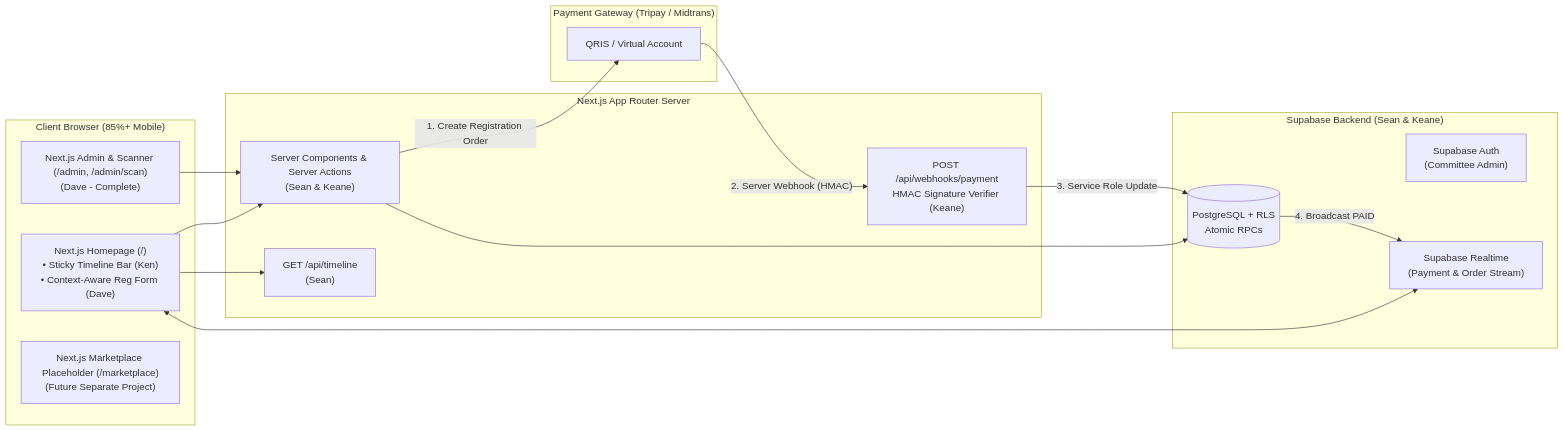
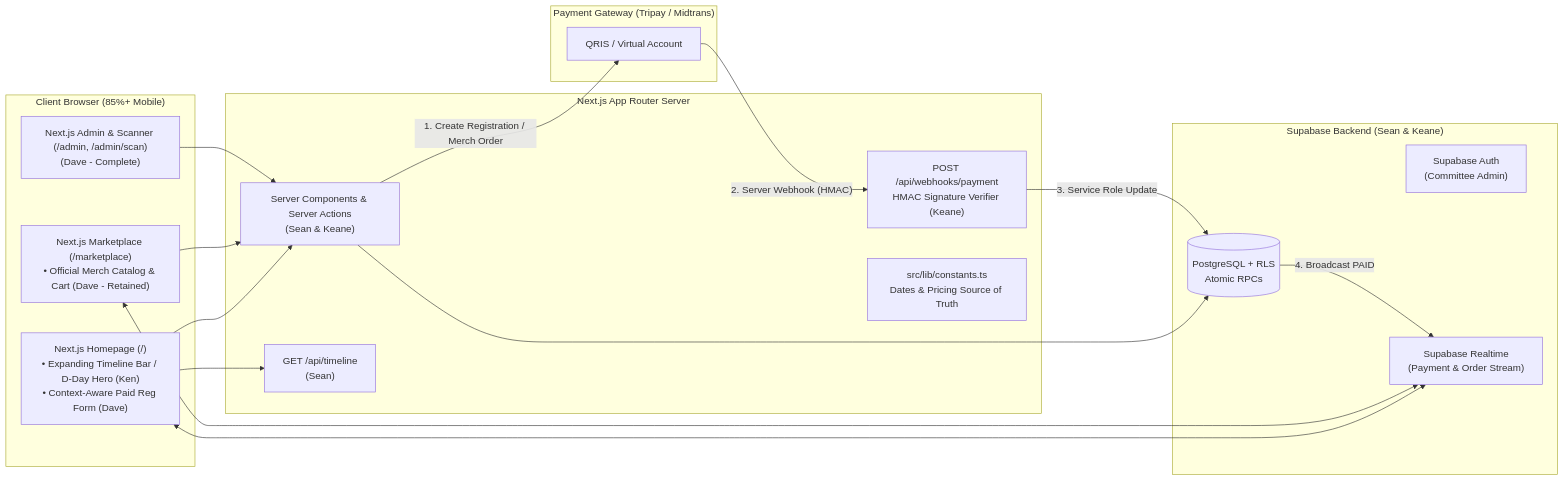
One commit to Gee123a/ycr-website changed the first of 2 diagrams in docs/ARCHITECTURE.md. Above: the diagram before and after it, drawn with Mermaid. The commit also changed other lines of this file and 10 other files, not shown here.

First line of the commit message:
docs: finalize architecture and team plans with coordinator directives

````diff
--- a/docs/ARCHITECTURE.md
+++ b/docs/ARCHITECTURE.md
@@ -9,34 +9,37 @@
 ```mermaid
 flowchart LR
     subgraph Client["Client Browser (85%+ Mobile)"]
-        FE_Public["Next.js Homepage (/)\n• Sticky Timeline Bar (Ken)\n• Context-Aware Reg Form (Dave)"]
+        FE_Public["Next.js Homepage (/)\n• Expanding Timeline Bar / D-Day Hero (Ken)\n• Context-Aware Paid Reg Form (Dave)"]
+        FE_Market["Next.js Marketplace (/marketplace)\n• Official Merch Catalog & Cart (Dave - Retained)"]
         FE_Admin["Next.js Admin & Scanner (/admin, /admin/scan)\n(Dave - Complete)"]
-        FE_Market["Next.js Marketplace Placeholder (/marketplace)\n(Future Separate Project)"]
     end
 
     subgraph NextServer["Next.js App Router Server"]
         RSC["Server Components & Server Actions\n(Sean & Keane)"]
         TimelineAPI["GET /api/timeline\n(Sean)"]
         Webhook["POST /api/webhooks/payment\nHMAC Signature Verifier (Keane)"]
+        Constants["src/lib/constants.ts\nDates & Pricing Source of Truth"]
     end
 
     subgraph Supabase["Supabase Backend (Sean & Keane)"]
         DB[("PostgreSQL + RLS\nAtomic RPCs")]
         Auth["Supabase Auth\n(Committee Admin)"]
         RT["Supabase Realtime\n(Payment & Order Stream)"]
     end
 
     subgraph PG["Payment Gateway (Tripay / Midtrans)"]
         QRIS["QRIS / Virtual Account"]
     end
 
     FE_Public --> RSC
+    FE_Market --> RSC
     FE_Admin --> RSC
     RSC --> DB
     FE_Public <--> RT
+    FE_Market <--> RT
     FE_Public --> TimelineAPI
-    RSC -->|"1. Create Registration Order"| QRIS
+    RSC -->|"1. Create Registration / Merch Order"| QRIS
     QRIS -->|"2. Server Webhook (HMAC)"| Webhook
     Webhook -->|"3. Service Role Update"| DB
     DB -->|"4. Broadcast PAID"| RT
 ```
````
